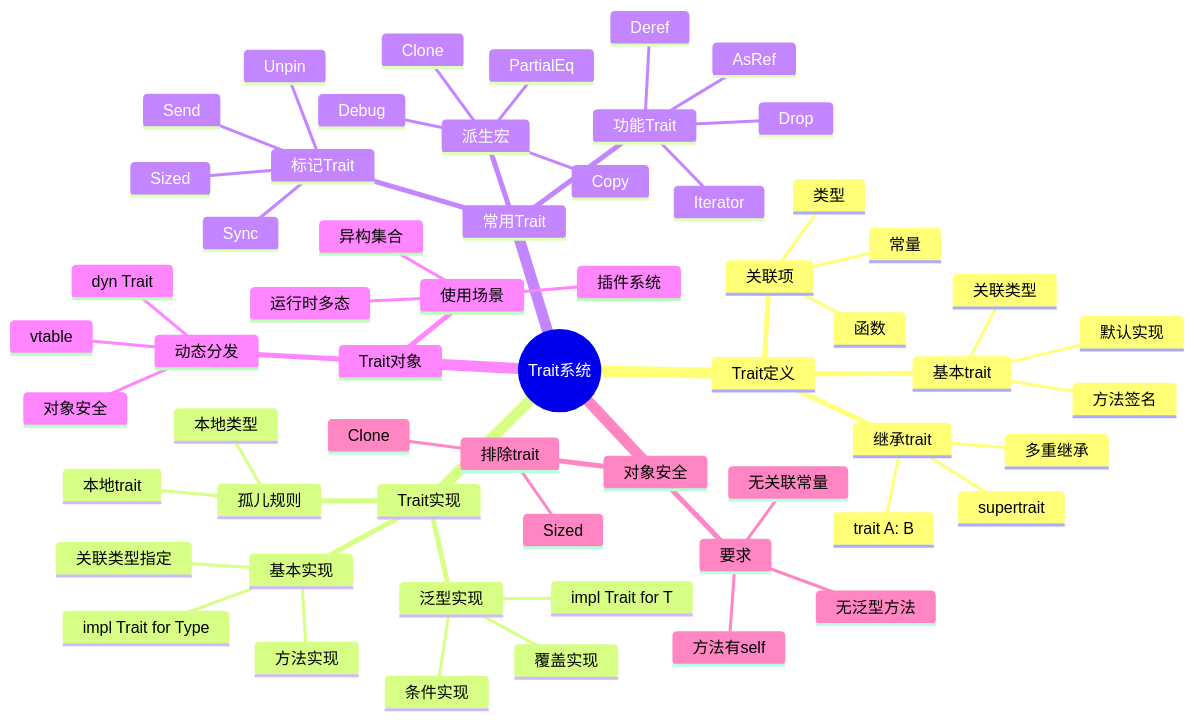
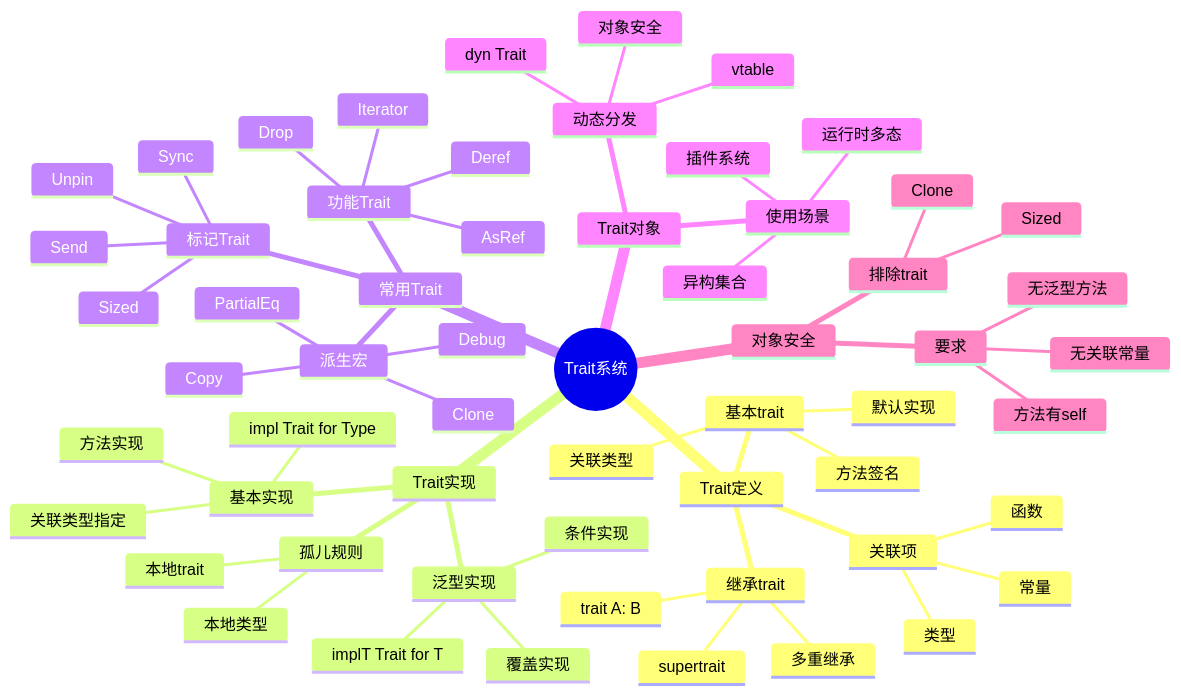
The sixth of 19 diagrams in docs/04_thinking/04_mind_map_collection.md (martin-ly/rust-lang), drawn with Mermaid before and after one commit. The commit also changed other lines of this file and 97 other files, not shown here.

````diff
--- a/docs/04_thinking/04_mind_map_collection.md
+++ b/docs/04_thinking/04_mind_map_collection.md
@@ -347,62 +347,62 @@
 ```mermaid
 mindmap
   root((Trait系统))
     Trait定义
       基本trait
         方法签名
         默认实现
         关联类型
       继承trait
         trait A: B
         多重继承
         supertrait
       关联项
         类型
         常量
         函数
     Trait实现
       基本实现
         impl Trait for Type
         方法实现
         关联类型指定
       泛型实现
-        impl<T> Trait for T
+        implT Trait for T
         条件实现
         覆盖实现
       孤儿规则
         本地trait
         本地类型
     常用Trait
       派生宏
         Debug
         Clone
         Copy
         PartialEq
       标记Trait
         Send
         Sync
         Sized
         Unpin
       功能Trait
         Iterator
         Drop
         Deref
         AsRef
     Trait对象
       动态分发
         dyn Trait
         vtable
         对象安全
       使用场景
         运行时多态
         异构集合
         插件系统
     对象安全
       要求
         方法有self
         无泛型方法
         无关联常量
       排除trait
         Clone
         Sized
 ```
````
